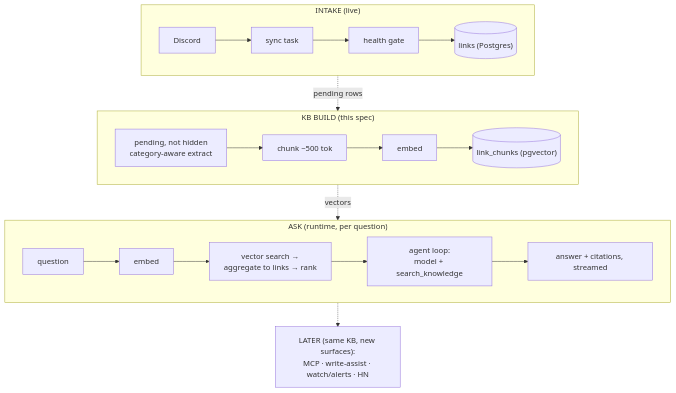
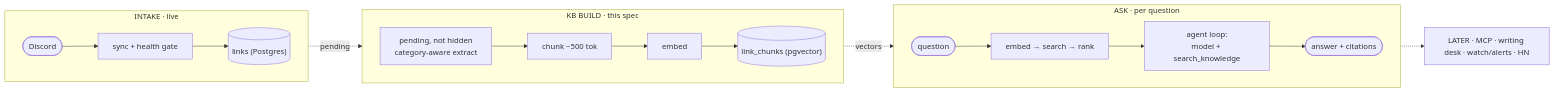
Before and after one commit to SouravInsights/souravinsights.com: the diagram in docs/spec/insights-agent.md, drawn with Mermaid.

Commit message:
Lay out the architecture diagram left to right
The three pipelines stacked top to bottom, making the figure tall.
Switch the flowchart direction to LR so the subgraphs sit side by side,
and trim node labels. Same content, shorter figure.

````diff
--- a/docs/spec/insights-agent.md
+++ b/docs/spec/insights-agent.md
@@ -68,23 +68,19 @@
 ```mermaid
-flowchart TD
-    subgraph INTAKE["INTAKE (live)"]
+flowchart LR
+    subgraph INTAKE["INTAKE · live"]
         direction LR
-        DSC[Discord] --> SYNC[sync task] --> GATE[health gate] --> LINKS[("links (Postgres)")]
+        DSC([Discord]) --> SYNC["sync + health gate"] --> LINKS[("links (Postgres)")]
     end
-
-    subgraph BUILD["KB BUILD (this spec)"]
+    subgraph BUILD["KB BUILD · this spec"]
         direction LR
         PEND["pending, not hidden<br/>category-aware extract"] --> CHUNK["chunk ~500 tok"] --> EMBED[embed] --> CHUNKS[("link_chunks (pgvector)")]
     end
-
-    subgraph ASK["ASK (runtime, per question)"]
+    subgraph ASK["ASK · per question"]
         direction LR
-        Q[question] --> QE[embed] --> VS["vector search →<br/>aggregate to links → rank"] --> AG["agent loop:<br/>model + search_knowledge"] --> ANS[answer + citations, streamed]
+        Q([question]) --> VS["embed → search → rank"] --> AG["agent loop:<br/>model + search_knowledge"] --> ANS([answer + citations])
     end
 
-    LATER["LATER (same KB, new surfaces):<br/>MCP · write-assist · watch/alerts · HN"]
-
-    LINKS -.->|pending rows| PEND
+    LINKS -.->|pending| PEND
     CHUNKS -.->|vectors| VS
-    ANS -.-> LATER
+    ANS -.-> LATER["LATER · MCP · writing desk · watch/alerts · HN"]
 ```
````
